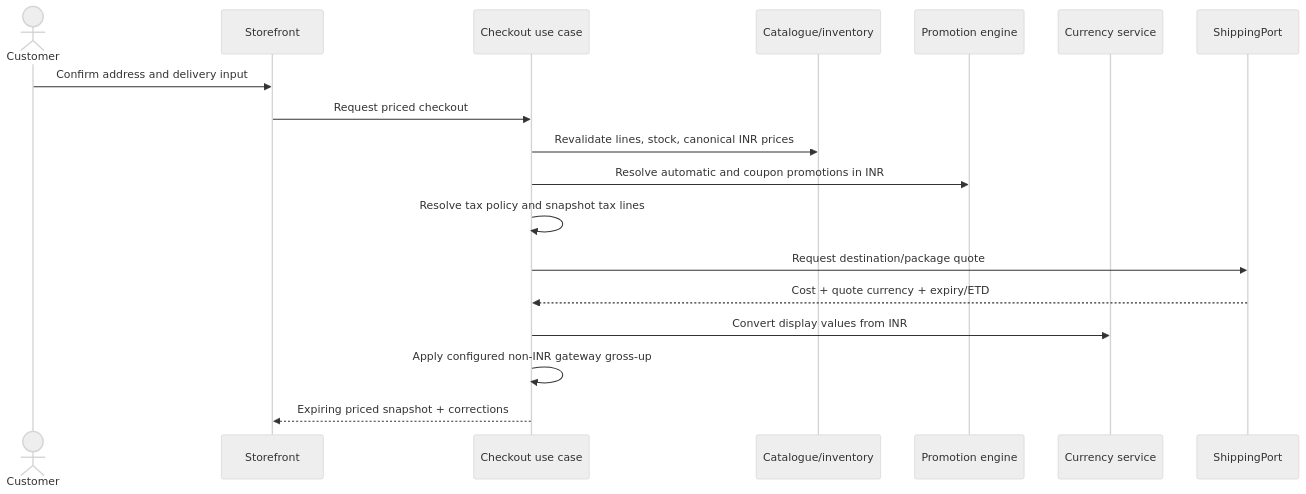
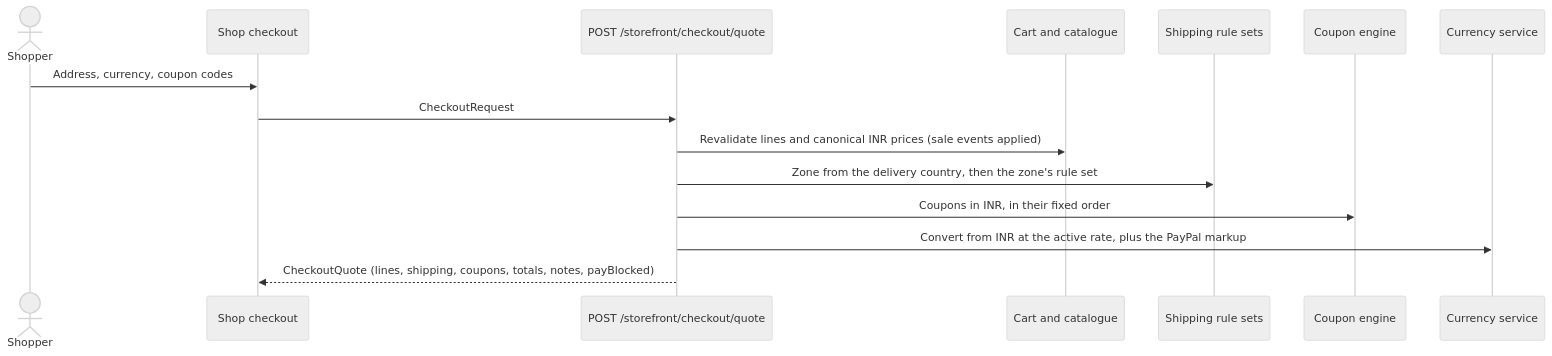
One commit to Kaizer-Systems/saha-textile changed the diagram in docs/business-flows/checkout.md. Above: the diagram before and after it, drawn with Mermaid (neutral theme). The commit also changed other lines of this file and 14 other files, not shown here.

````diff
--- a/docs/business-flows/checkout.md
+++ b/docs/business-flows/checkout.md
@@ -32,21 +42,18 @@
 ```mermaid
 sequenceDiagram
-    actor Customer
-    participant SF as Storefront
-    participant Checkout as Checkout use case
-    participant Catalog as Catalogue/inventory
-    participant Promo as Promotion engine
+    actor Shopper
+    participant SF as Shop checkout
+    participant API as POST /storefront/checkout/quote
+    participant Cart as Cart and catalogue
+    participant Ship as Shipping rule sets
+    participant Coupon as Coupon engine
     participant FX as Currency service
-    participant Ship as ShippingPort
 
-    Customer->>SF: Confirm address and delivery input
-    SF->>Checkout: Request priced checkout
-    Checkout->>Catalog: Revalidate lines, stock, canonical INR prices
-    Checkout->>Promo: Resolve automatic and coupon promotions in INR
-    Checkout->>Checkout: Resolve tax policy and snapshot tax lines
-    Checkout->>Ship: Request destination/package quote
-    Ship-->>Checkout: Cost + quote currency + expiry/ETD
-    Checkout->>FX: Convert display values from INR
-    Checkout->>Checkout: Apply configured non-INR gateway gross-up
-    Checkout-->>SF: Expiring priced snapshot + corrections
+    Shopper->>SF: Address, currency, coupon codes
+    SF->>API: CheckoutRequest
+    API->>Cart: Revalidate lines and canonical INR prices (sale events applied)
+    API->>Ship: Zone from the delivery country, then the zone's rule set
+    API->>Coupon: Coupons in INR, in their fixed order
+    API->>FX: Convert from INR at the active rate, plus the PayPal markup
+    API-->>SF: CheckoutQuote (lines, shipping, coupons, totals, notes, payBlocked)
 ```
````
